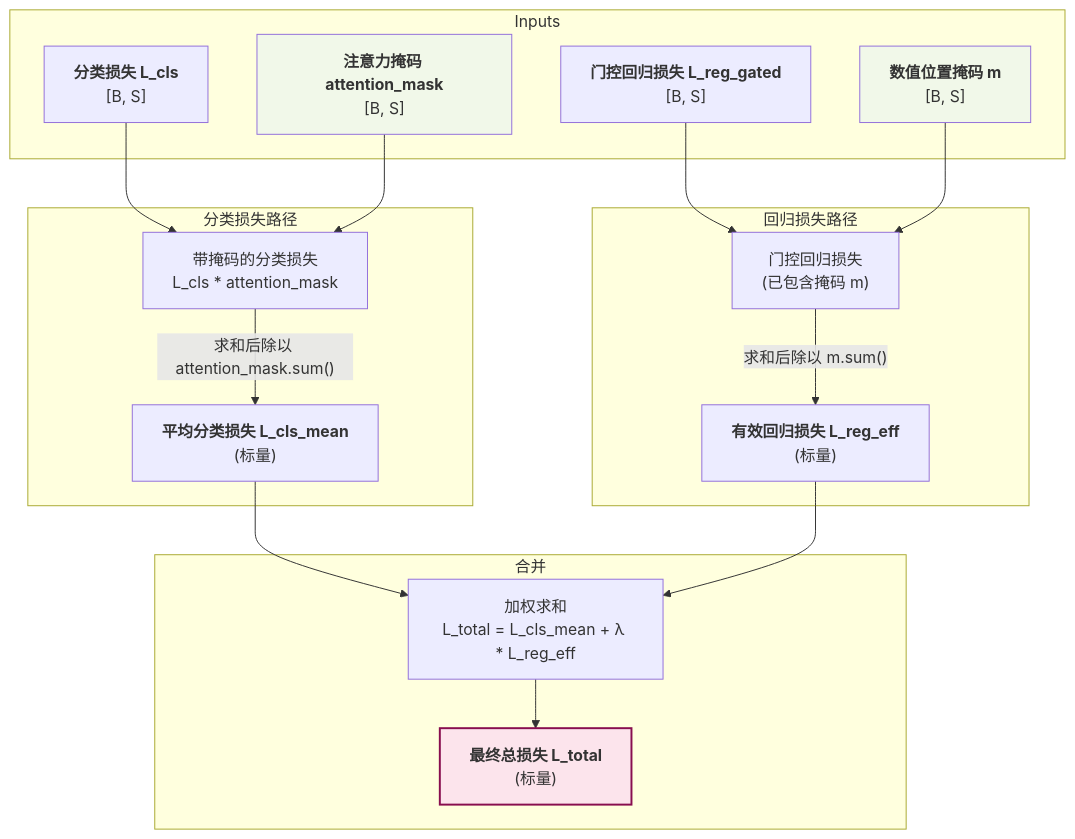
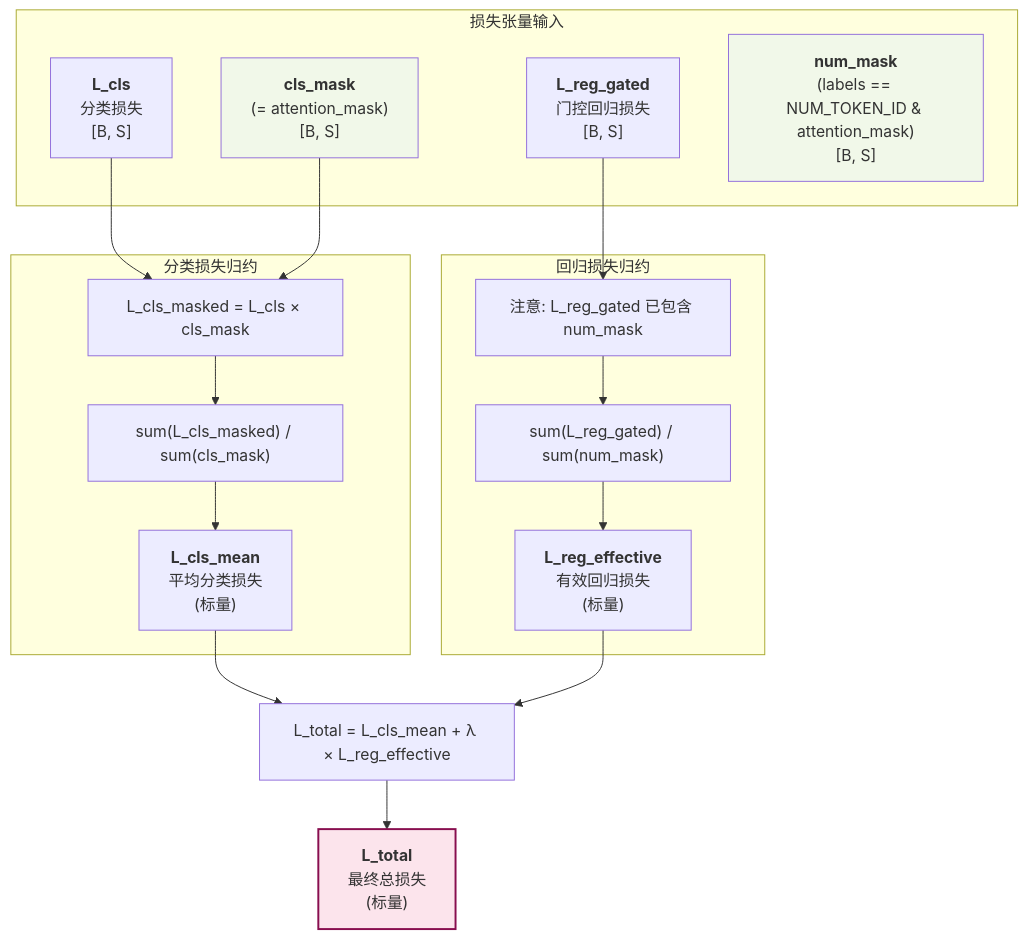
The ninth of 9 diagrams in docs/mathematical_foundations.md (1587causalai/CausalQwen), drawn with Mermaid before and after one commit. The commit also changed other lines of this file, not shown here.

````diff
--- a/docs/mathematical_foundations.md
+++ b/docs/mathematical_foundations.md
@@ -666,28 +674,28 @@
 ```mermaid
 graph TD
-    subgraph "Inputs"
-        A["<b>分类损失 L_cls</b><br>[B, S]"]
-        B["<b>门控回归损失 L_reg_gated</b><br>[B, S]"]
-        C["<b>注意力掩码 attention_mask</b><br>[B, S]"]
-        D["<b>数值位置掩码 m</b><br>[B, S]"]
+    subgraph "损失张量输入"
+        A["<b>L_cls</b><br>分类损失<br>[B, S]"]
+        B["<b>L_reg_gated</b><br>门控回归损失<br>[B, S]"]
+        C["<b>cls_mask</b><br>(= attention_mask)<br>[B, S]"]
+        D["<b>num_mask</b><br>(labels == NUM_TOKEN_ID & attention_mask)<br>[B, S]"]
     end
 
-    subgraph "分类损失路径"
-        A & C --> E["带掩码的分类损失<br>L_cls * attention_mask"]
-        E -- "求和后除以 attention_mask.sum()" --> F["<b>平均分类损失 L_cls_mean</b><br>(标量)"]
+    subgraph "分类损失归约"
+        A & C --> E["L_cls_masked = L_cls × cls_mask"]
+        E --> F["sum(L_cls_masked) / sum(cls_mask)"]
+        F --> G["<b>L_cls_mean</b><br>平均分类损失<br>(标量)"]
     end
 
-    subgraph "回归损失路径"
-        B & D --> G["门控回归损失<br>(已包含掩码 m)"]
-        G -- "求和后除以 m.sum()" --> H["<b>有效回归损失 L_reg_eff</b><br>(标量)"]
+    subgraph "回归损失归约"
+        B --> H["注意: L_reg_gated 已包含 num_mask"]
+        H --> I["sum(L_reg_gated) / sum(num_mask)"]
+        I --> J["<b>L_reg_effective</b><br>有效回归损失<br>(标量)"]
     end
 
-    subgraph "合并"
-        F & H --> I["加权求和<br>L_total = L_cls_mean + λ * L_reg_eff"]
-        I --> J["<b>最终总损失 L_total</b><br>(标量)"]
-    end
+    G & J --> K["L_total = L_cls_mean + λ × L_reg_effective"]
+    K --> L["<b>L_total</b><br>最终总损失<br>(标量)"]
 
-    style J fill:#fce4ec,stroke:#880e4f,stroke-width:2px
+    style L fill:#fce4ec,stroke:#880e4f,stroke-width:2px
     style C fill:#f1f8e9
     style D fill:#f1f8e9
 ```
````
